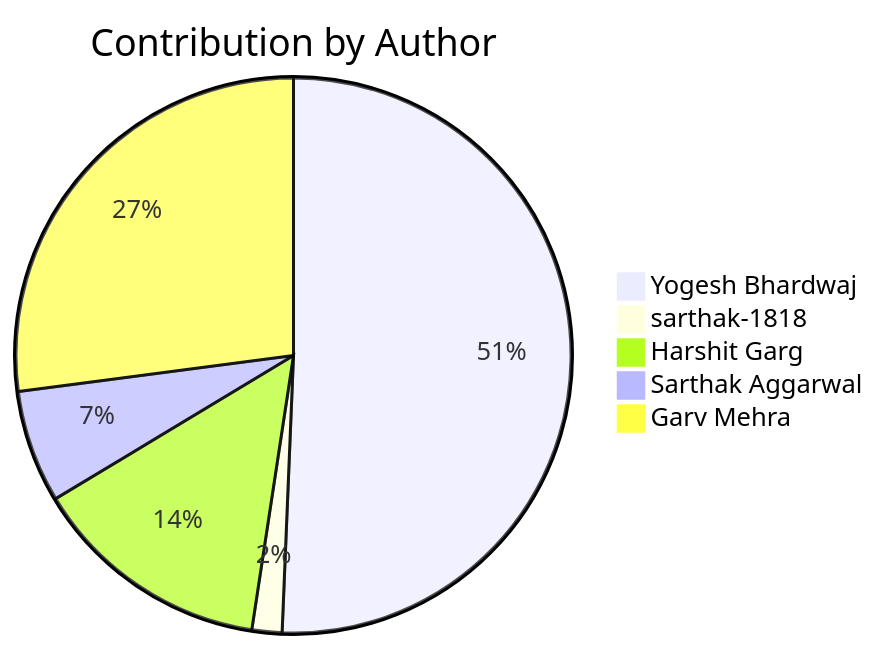
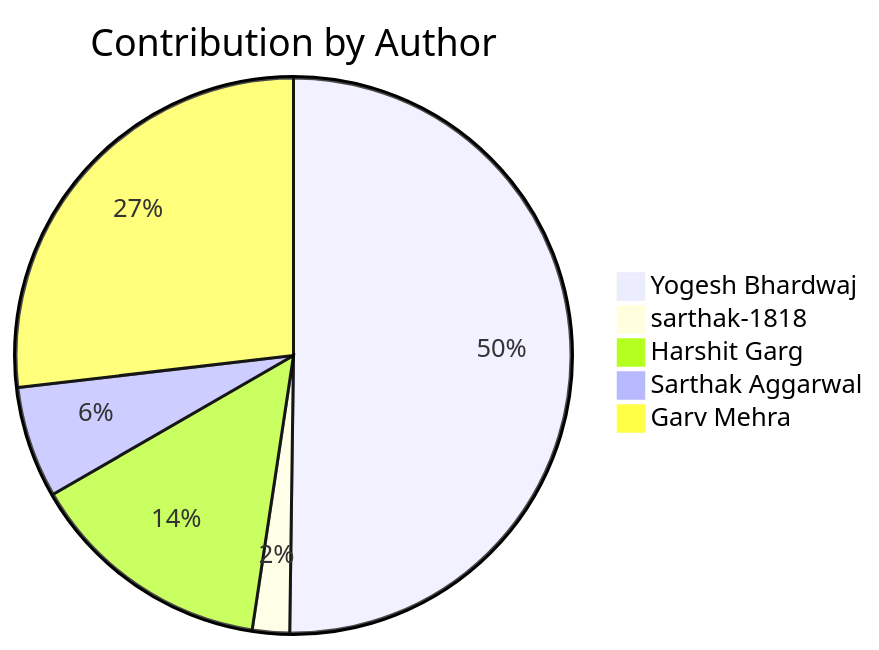
The second of 2 diagrams in README.md (Yogesh-Bhardwaj-hue/Scm-Final_2.0), drawn with Mermaid before and after one commit. The commit also changed other lines of this file, not shown here.

Commit message:
Update contribution charts

````diff
--- a/README.md
+++ b/README.md
@@ -190,8 +190,8 @@
 ```mermaid
 pie title Contribution by Author
     "Yogesh Bhardwaj": 116
-    "sarthak-1818": 4
-    "Harshit Garg": 32
+    "sarthak-1818": 5
+    "Harshit Garg": 33
     "Sarthak Aggarwal": 15
     "Garv Mehra": 62
 ```
````
